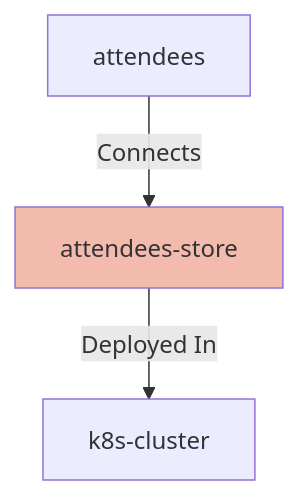
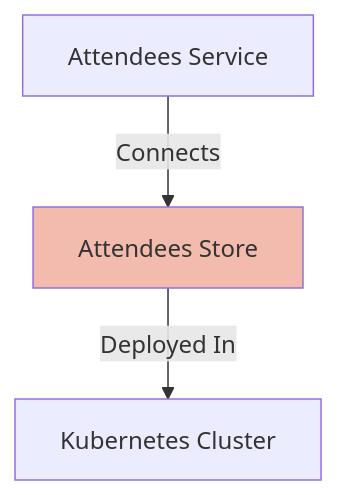
The diagram in cli/test_fixtures/getting-started/STEP-2/website/docs/nodes/attendees-store.md (finos/architecture-as-code), drawn with Mermaid before and after one commit. The commit also changed 61 other files, not shown here.

First line of the commit message:
fix(calm-widgets): resolve node names instead of raw ids in related-nodes diagrams (#2883)

````diff
--- a/cli/test_fixtures/getting-started/STEP-2/website/docs/nodes/attendees-store.md
+++ b/cli/test_fixtures/getting-started/STEP-2/website/docs/nodes/attendees-store.md
@@ -61,7 +61,7 @@
 ```mermaid
 graph TD;
-attendees-store[attendees-store]:::highlight;
-attendees -- Connects --> attendees-store;
-attendees-store -- Deployed In --> k8s-cluster;
+attendees-store[Attendees Store]:::highlight;
+attendees[Attendees Service] -- Connects --> attendees-store[Attendees Store];
+attendees-store[Attendees Store] -- Deployed In --> k8s-cluster[Kubernetes Cluster];
 classDef highlight fill:#f2bbae;
 ```
````
